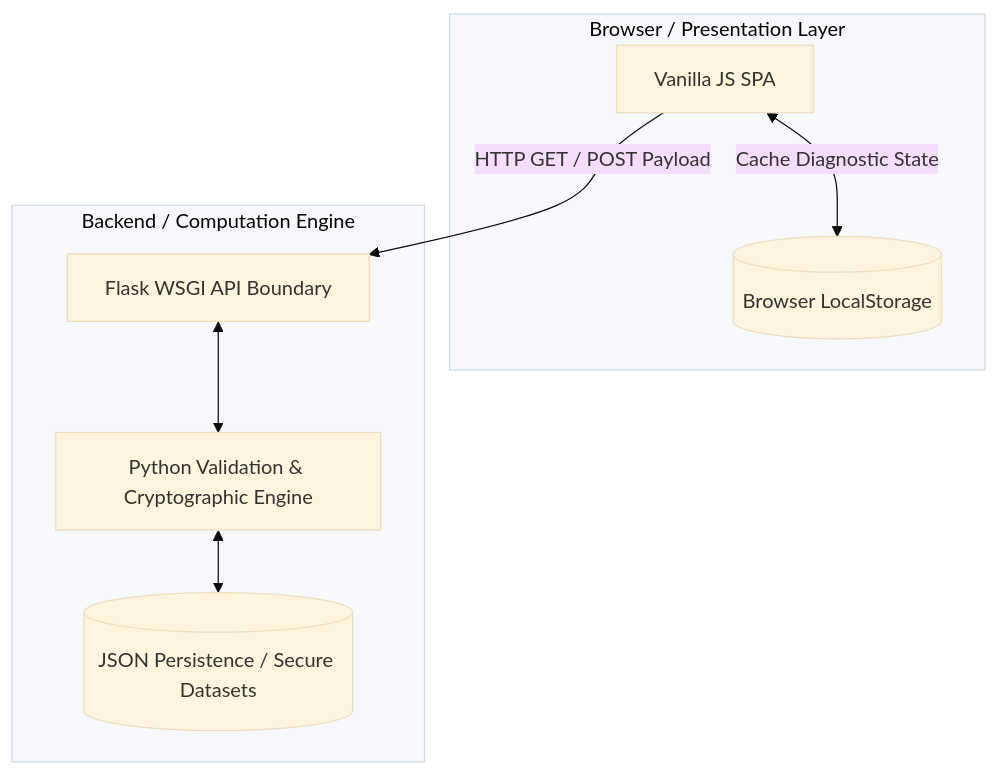
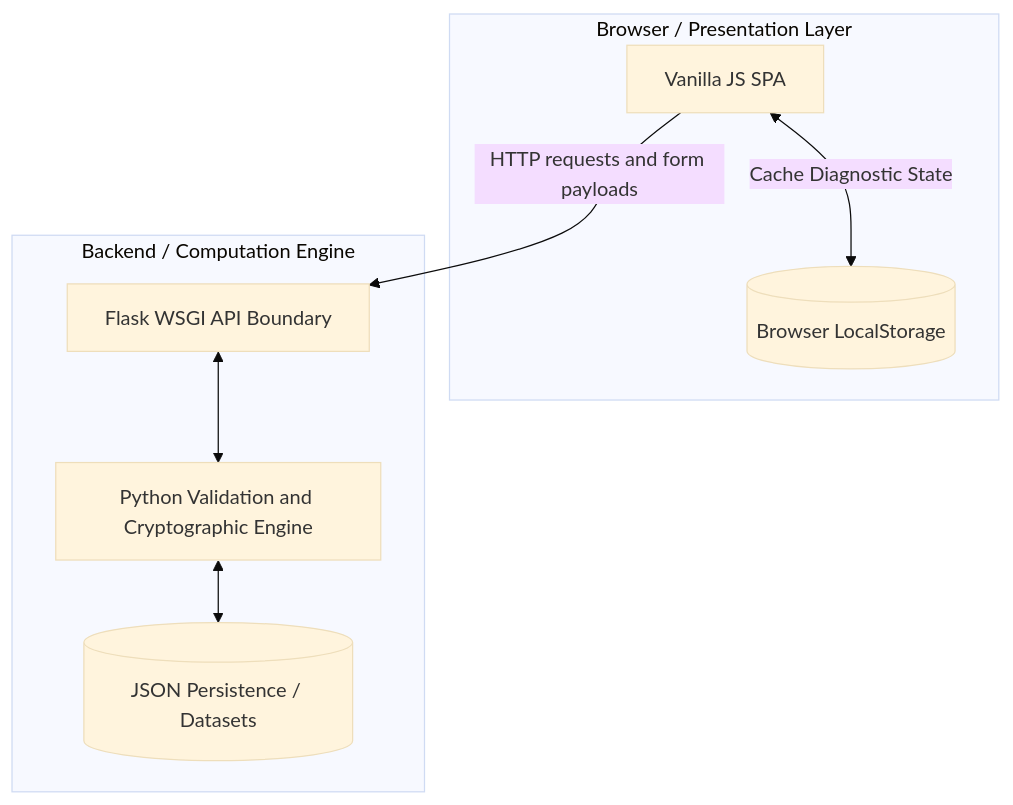
Before and after one commit to ahsanur-official/DecodeLabs-Internship: the diagram in README.md, drawn with Mermaid (base theme). The commit also changed other lines of this file, not shown here.

````diff
--- a/README.md
+++ b/README.md
@@ -22,18 +20,18 @@
 ```mermaid
 graph TD
-	 subgraph Client [Browser / Presentation Layer]
-		  UI[Vanilla JS SPA]
-		  Storage[(Browser LocalStorage)]
-		  UI <-->|Cache Diagnostic State| Storage
-	 end
+    subgraph Client [Browser / Presentation Layer]
+        UI[Vanilla JS SPA]
+        Storage[(Browser LocalStorage)]
+        UI <-->|Cache Diagnostic State| Storage
+    end
 
-	 subgraph Server [Backend / Computation Engine]
-		  API[Flask WSGI API Boundary]
-		  Logic[Python Validation & Cryptographic Engine]
-		  DB[(JSON Persistence / Secure Datasets)]
-	 end
+    subgraph Server [Backend / Computation Engine]
+        API[Flask WSGI API Boundary]
+        Logic[Python Validation and Cryptographic Engine]
+        DB[(JSON Persistence / Datasets)]
+    end
 
-	 UI -->|HTTP GET / POST Payload| API
-	 API <--> Logic
-	 Logic <--> DB
+    UI -->|HTTP requests and form payloads| API
+    API <--> Logic
+    Logic <--> DB
 ```
````
